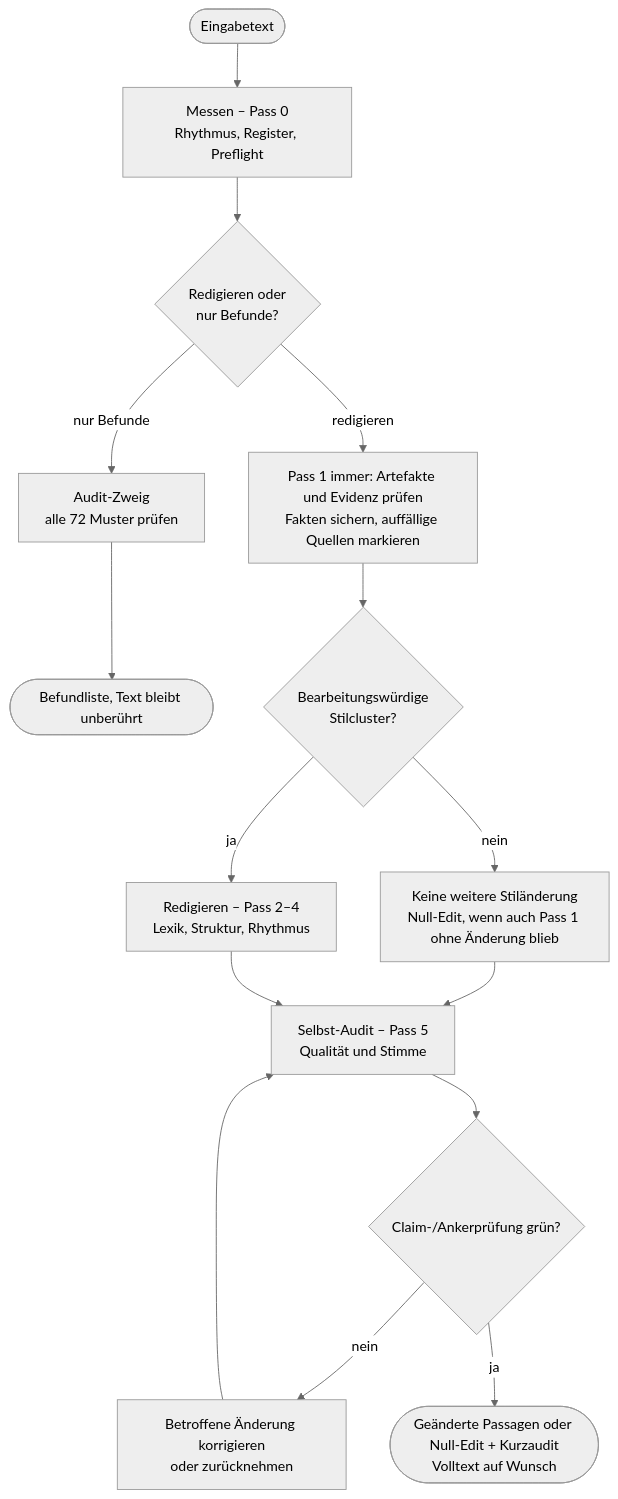
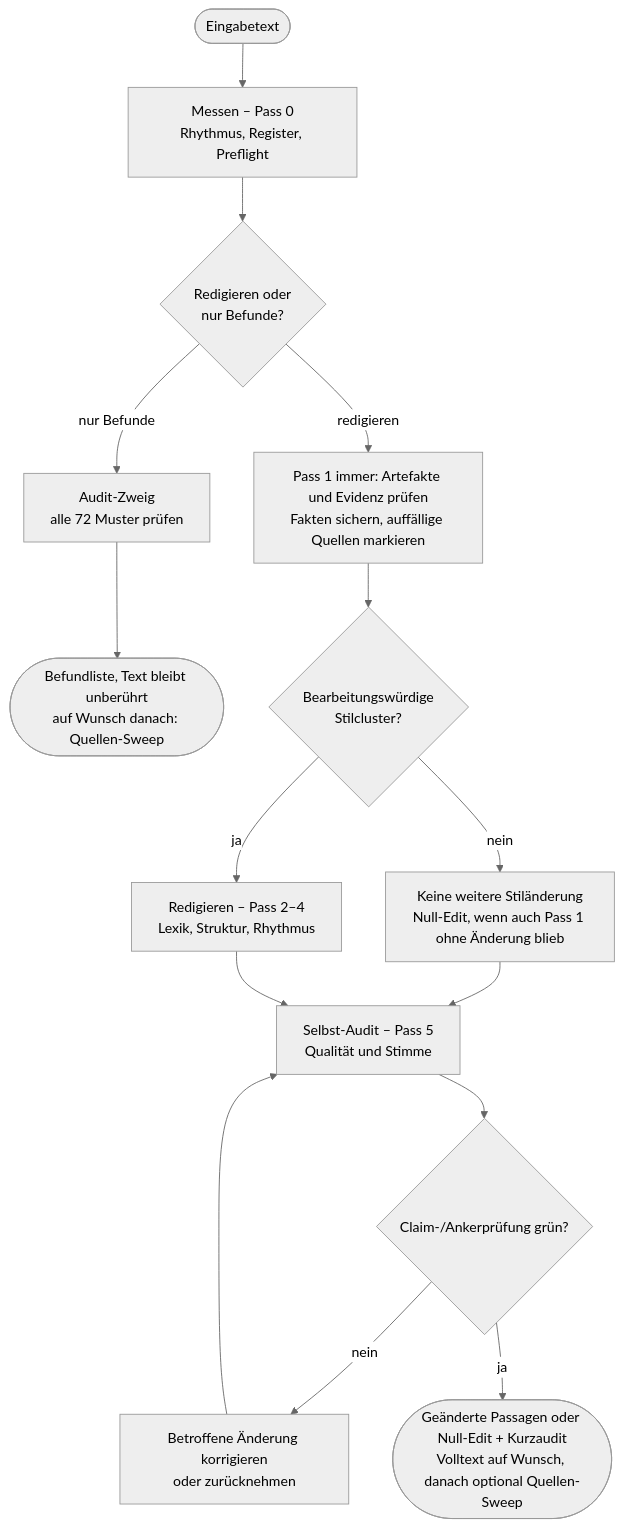
Before and after one commit to marmbiz/humanizer-de: the diagram in README.md, drawn with Mermaid (neutral theme). The commit also changed other lines of this file and 7 other files, not shown here.

First line of the commit message:
feat: add optional source sweep after pass 5

````diff
--- a/README.md
+++ b/README.md
@@ -282,17 +284,17 @@
 ```mermaid
 flowchart TD
     T([Eingabetext]) --> M["Messen – Pass 0<br/>Rhythmus, Register, Preflight"]
     M --> Z{"Redigieren oder<br/>nur Befunde?"}
     Z -- "nur Befunde" --> AU["Audit-Zweig<br/>alle 72 Muster prüfen"]
-    AU --> B([Befundliste, Text bleibt unberührt])
+    AU --> B([Befundliste, Text bleibt unberührt<br/>auf Wunsch danach: Quellen-Sweep])
     Z -- redigieren --> E["Pass 1 immer: Artefakte und Evidenz prüfen<br/>Fakten sichern, auffällige Quellen markieren"]
     E --> C{"Bearbeitungswürdige<br/>Stilcluster?"}
     C -- nein --> N["Keine weitere Stiländerung<br/>Null-Edit, wenn auch Pass 1 ohne Änderung blieb"]
     N --> A
     C -- ja --> R["Redigieren – Pass 2–4<br/>Lexik, Struktur, Rhythmus"]
     R --> A["Selbst-Audit – Pass 5<br/>Qualität und Stimme"]
     A --> G{"Claim-/Ankerprüfung grün?"}
     G -- nein --> K["Betroffene Änderung korrigieren<br/>oder zurücknehmen"]
     K --> A
-    G -- ja --> O([Geänderte Passagen oder Null-Edit + Kurzaudit<br/>Volltext auf Wunsch])
+    G -- ja --> O([Geänderte Passagen oder Null-Edit + Kurzaudit<br/>Volltext auf Wunsch, danach optional Quellen-Sweep])
 ```
````
